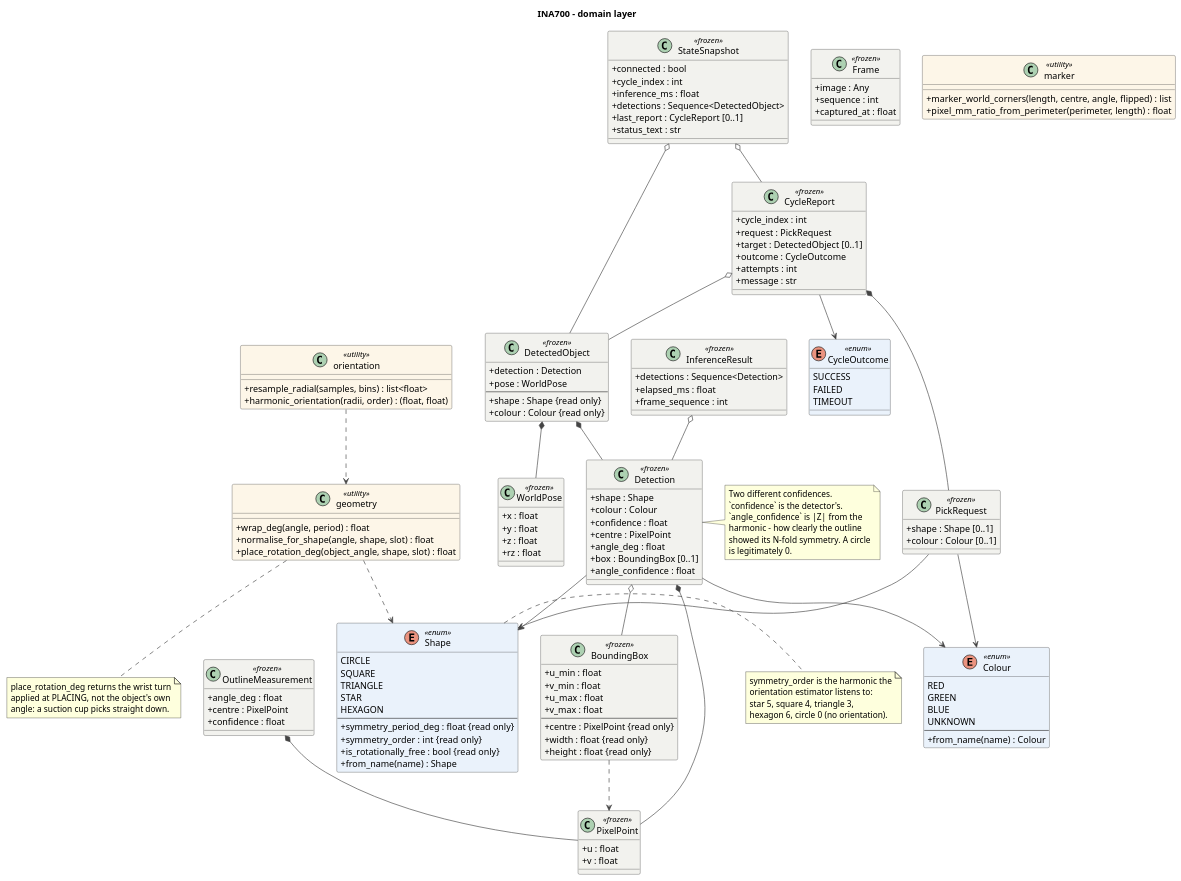
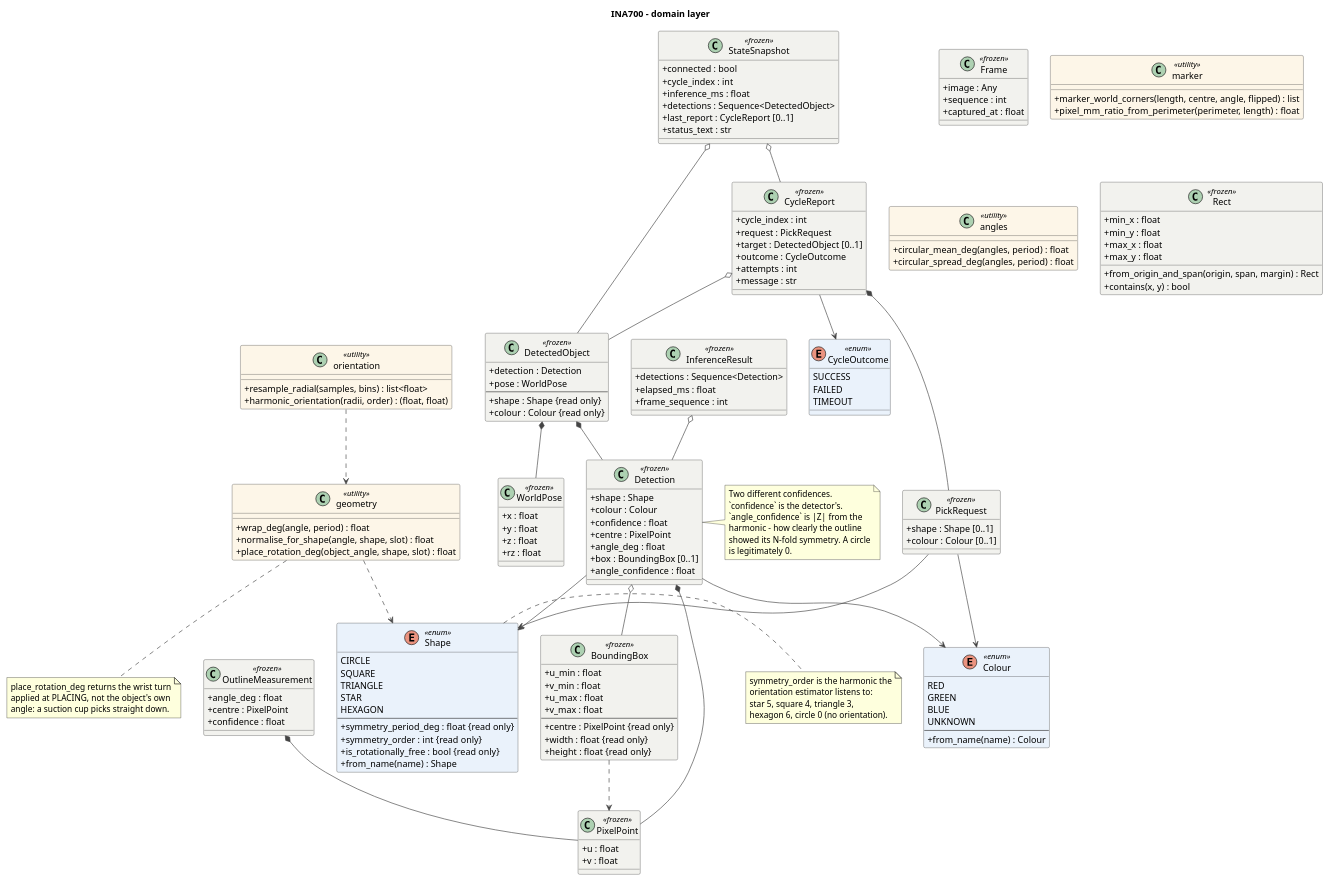
The diagram in docs/uml/02-domain.puml (suka1901/project_industrial_automation), drawn with PlantUML before and after one commit. The commit also changed 5 other files, not shown here.

```diff
--- a/docs/uml/02-domain.puml
+++ b/docs/uml/02-domain.puml
@@ -154,6 +154,20 @@
   +pixel_mm_ratio_from_perimeter(perimeter, length) : float
 }
 
+class angles <<utility>> {
+  +circular_mean_deg(angles, period) : float
+  +circular_spread_deg(angles, period) : float
+}
+
+class Rect <<frozen>> {
+  +min_x : float
+  +min_y : float
+  +max_x : float
+  +max_y : float
+  +from_origin_and_span(origin, span, margin) : Rect
+  +contains(x, y) : bool
+}
+
 Detection *-- PixelPoint
 Detection o-- BoundingBox
 Detection --> Shape
```
